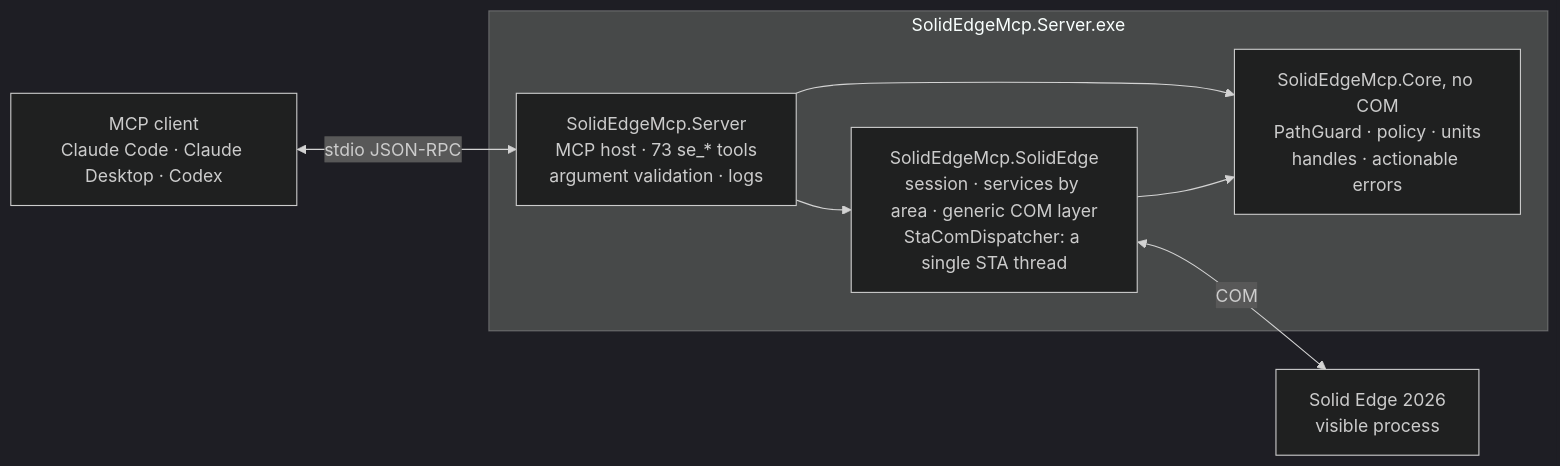
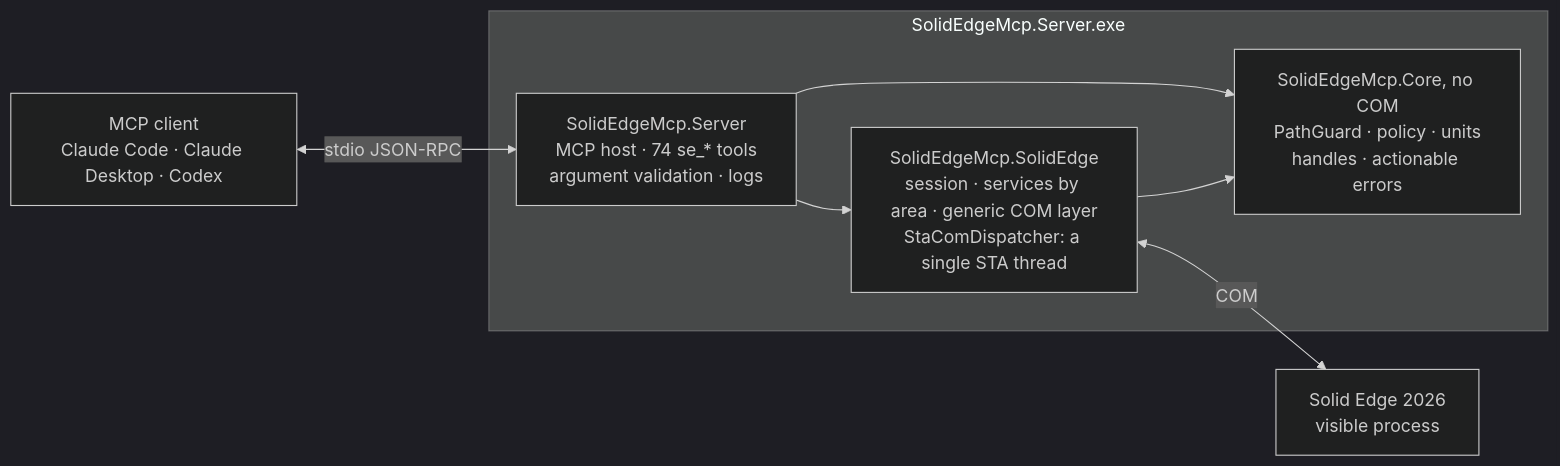
The diagram in README.md (gabichuuuuu/solid-edge-mcp), drawn with Mermaid (dark theme) before and after one commit. The commit also changed other lines of this file and 11 other files, not shown here.

````diff
--- a/README.md
+++ b/README.md
@@ -316,18 +317,18 @@
 ```mermaid
 flowchart LR
     client["MCP client<br/>Claude Code · Claude Desktop · Codex"]
 
     subgraph exe ["SolidEdgeMcp.Server.exe"]
-        server["SolidEdgeMcp.Server<br/>MCP host · 73 se_* tools<br/>argument validation · logs"]
+        server["SolidEdgeMcp.Server<br/>MCP host · 74 se_* tools<br/>argument validation · logs"]
         se["SolidEdgeMcp.SolidEdge<br/>session · services by area · generic COM layer<br/>StaComDispatcher: a single STA thread"]
         core["SolidEdgeMcp.Core, no COM<br/>PathGuard · policy · units<br/>handles · actionable errors"]
         server --> se
         server --> core
         se --> core
     end
 
     app["Solid Edge 2026<br/>visible process"]
 
     client <-->|stdio JSON-RPC| server
     se <-->|COM| app
 ```
````
